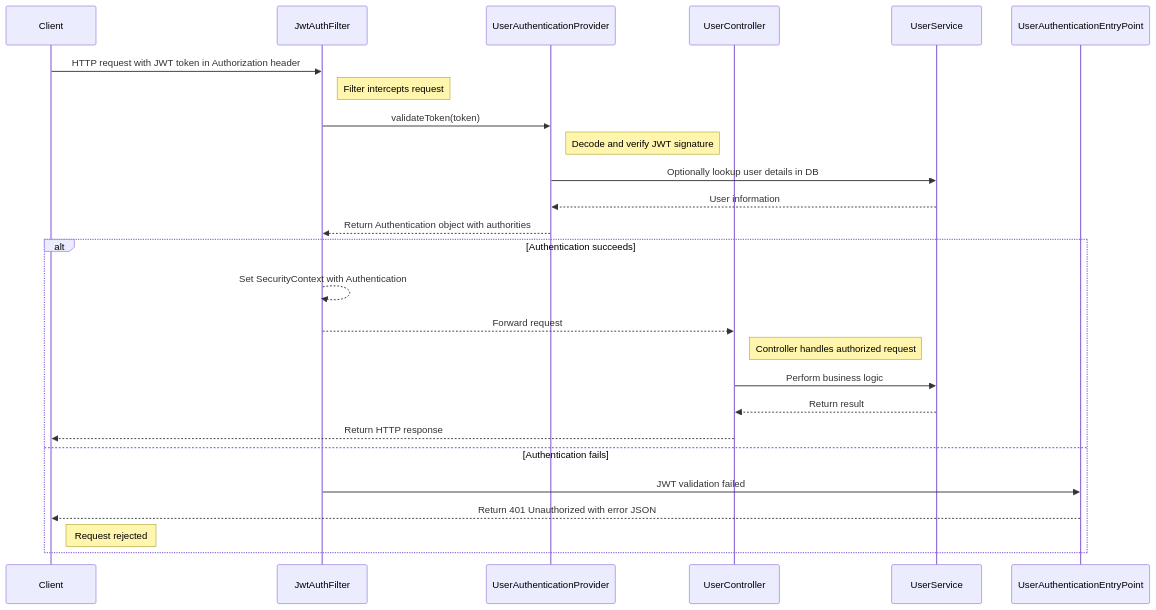
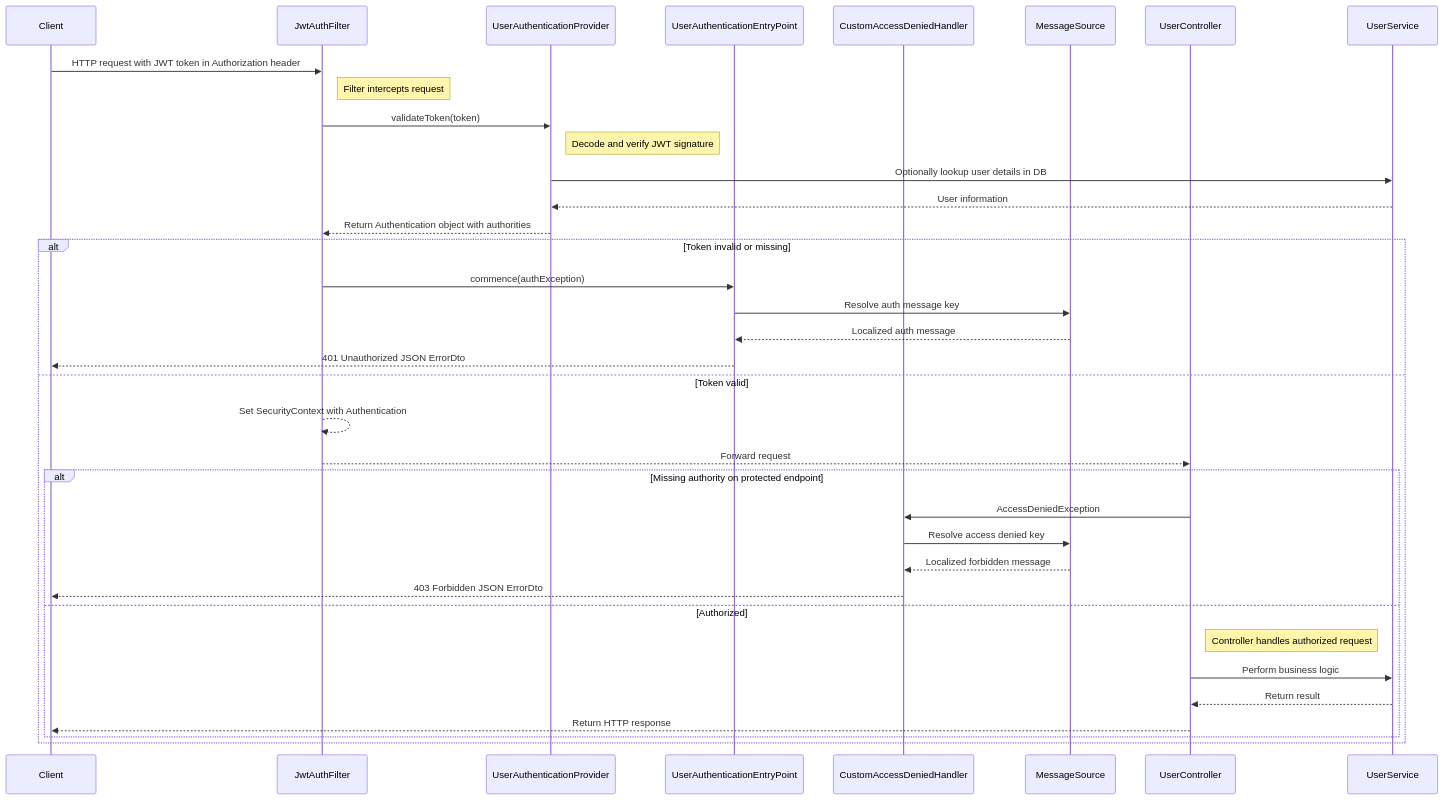
Before and after one commit to OrifInformatique/template_frontback: the sixth of 7 diagrams in doc/process-documentation.md, drawn with Mermaid. The commit also changed other lines of this file, not shown here.

````diff
--- a/doc/process-documentation.md
+++ b/doc/process-documentation.md
@@ -343,28 +356,39 @@
 ```mermaid
 sequenceDiagram
     participant Client
     participant JwtAuthFilter
     participant UserAuthenticationProvider
+    participant UserAuthenticationEntryPoint
+    participant CustomAccessDeniedHandler
+    participant MessageSource
     participant UserController
     participant UserService
 
     Client->>JwtAuthFilter: HTTP request with JWT token in Authorization header
     note right of JwtAuthFilter: Filter intercepts request
     JwtAuthFilter->>UserAuthenticationProvider: validateToken(token)
     note right of UserAuthenticationProvider: Decode and verify JWT signature
     UserAuthenticationProvider->>UserService: Optionally lookup user details in DB
     UserService-->>UserAuthenticationProvider: User information
     UserAuthenticationProvider-->>JwtAuthFilter: Return Authentication object with authorities
-    alt Authentication succeeds
+    alt Token invalid or missing
+        JwtAuthFilter->>UserAuthenticationEntryPoint: commence(authException)
+        UserAuthenticationEntryPoint->>MessageSource: Resolve auth message key
+        MessageSource-->>UserAuthenticationEntryPoint: Localized auth message
+        UserAuthenticationEntryPoint-->>Client: 401 Unauthorized JSON ErrorDto
+    else Token valid
         JwtAuthFilter-->>JwtAuthFilter: Set SecurityContext with Authentication
         JwtAuthFilter-->>UserController: Forward request
-        note right of UserController: Controller handles authorized request
-        UserController->>UserService: Perform business logic
-        UserService-->>UserController: Return result
-        UserController-->>Client: Return HTTP response
-    else Authentication fails
-        JwtAuthFilter->>UserAuthenticationEntryPoint: JWT validation failed
-        UserAuthenticationEntryPoint-->>Client: Return 401 Unauthorized with error JSON 
-        note right of Client: Request rejected
+        alt Missing authority on protected endpoint
+            UserController->>CustomAccessDeniedHandler: AccessDeniedException
+            CustomAccessDeniedHandler->>MessageSource: Resolve access denied key
+            MessageSource-->>CustomAccessDeniedHandler: Localized forbidden message
+            CustomAccessDeniedHandler-->>Client: 403 Forbidden JSON ErrorDto
+        else Authorized
+            note right of UserController: Controller handles authorized request
+            UserController->>UserService: Perform business logic
+            UserService-->>UserController: Return result
+            UserController-->>Client: Return HTTP response
+        end
     end
 ```
````
